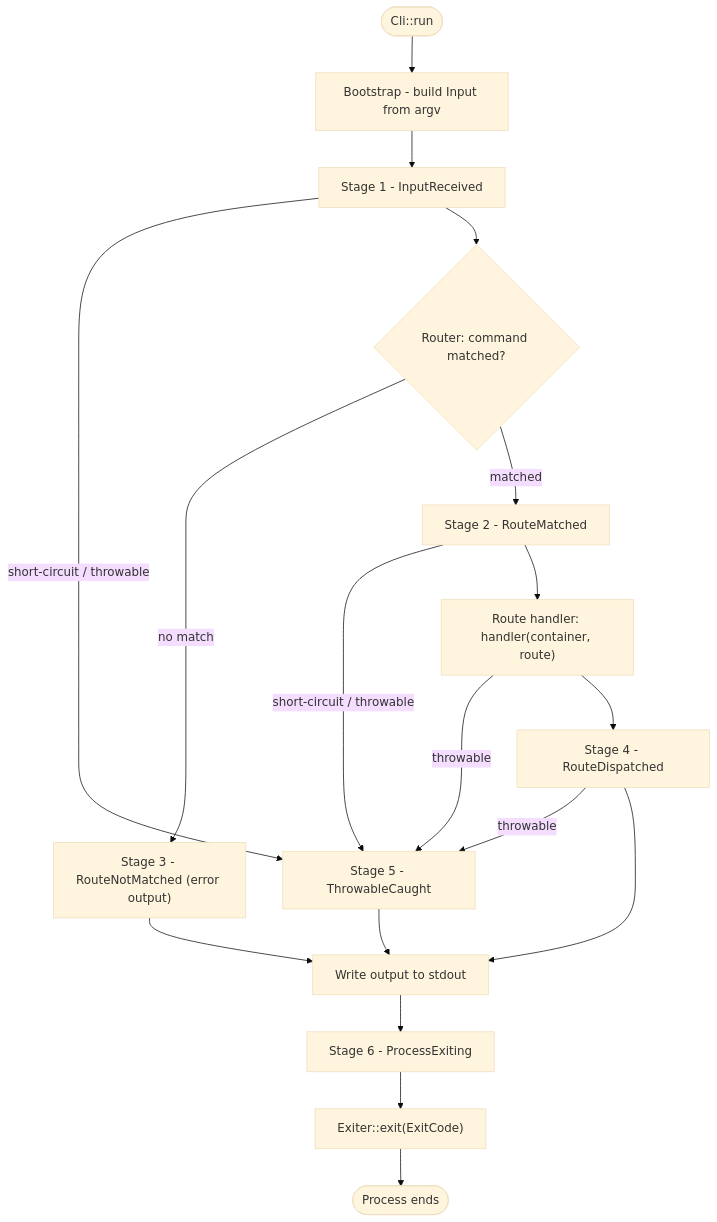
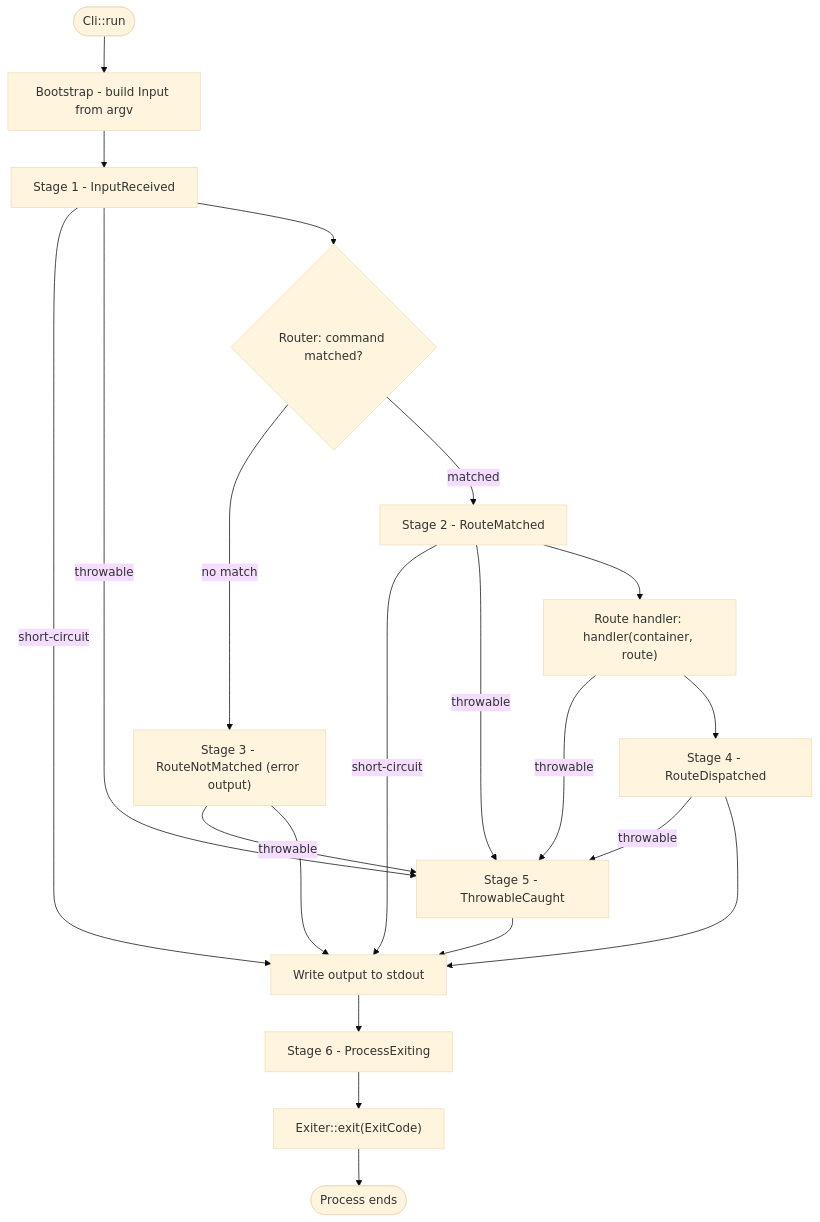
Before and after one commit to valkyrjaio/valkyrja: the diagram in src/Valkyrja/Cli/README.md, drawn with Mermaid (base theme).

Commit message:
[Cli] docs: Correct the short-circuit and throwable edges in the lifecycle diagram.

````diff
--- a/src/Valkyrja/Cli/README.md
+++ b/src/Valkyrja/Cli/README.md
@@ -377,20 +377,23 @@
 ```mermaid
 flowchart TD
     A([Cli::run]) --> B[Bootstrap - build Input from argv]
     B --> C[Stage 1 - InputReceived]
-    C -->|"short-circuit / throwable"| J[Stage 5 - ThrowableCaught]
+    C -->|"short-circuit"| H[Write output to stdout]
+    C -->|throwable| J[Stage 5 - ThrowableCaught]
     C --> D{"Router: command matched?"}
     D -->|"no match"| E["Stage 3 - RouteNotMatched (error output)"]
     D -->|matched| F[Stage 2 - RouteMatched]
-    E --> H[Write output to stdout]
-    F -->|"short-circuit / throwable"| J
+    E -->|throwable| J
+    E --> H
+    F -->|"short-circuit"| H
+    F -->|throwable| J
     F --> G["Route handler: handler(container, route)"]
     G -->|throwable| J
     G --> I[Stage 4 - RouteDispatched]
     I -->|throwable| J
     I --> H
     J --> H
     H --> K[Stage 6 - ProcessExiting]
     K --> L["Exiter::exit(ExitCode)"]
     L --> M([Process ends])
 ```
````
